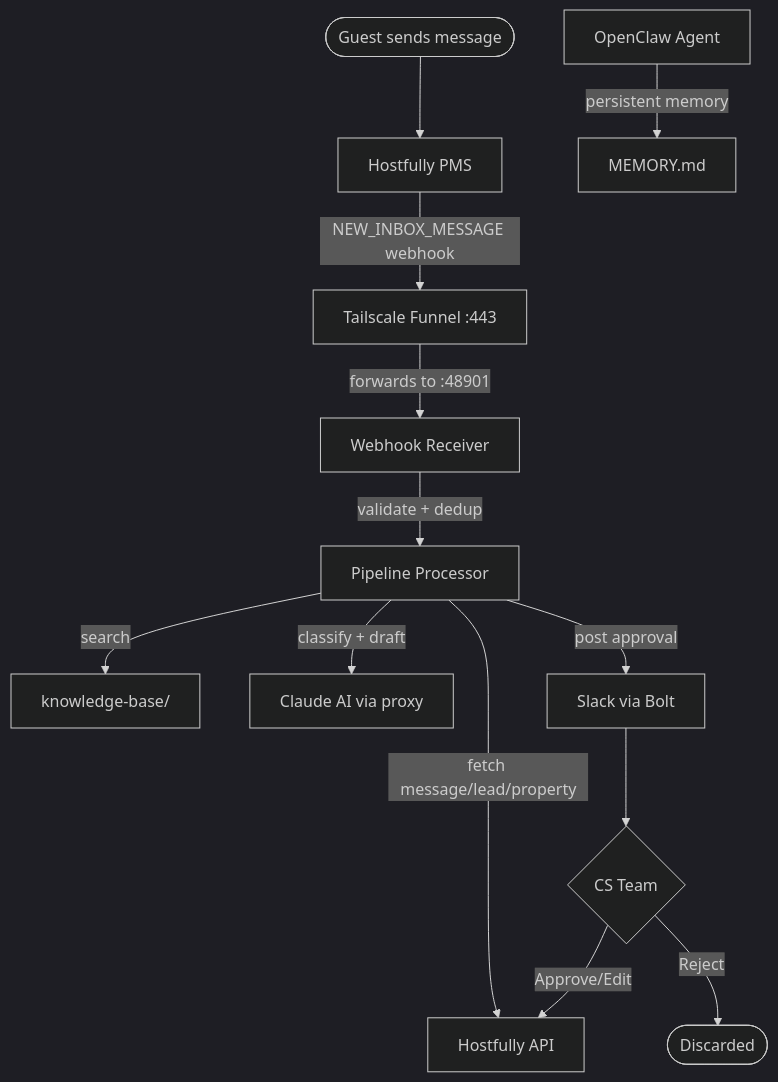
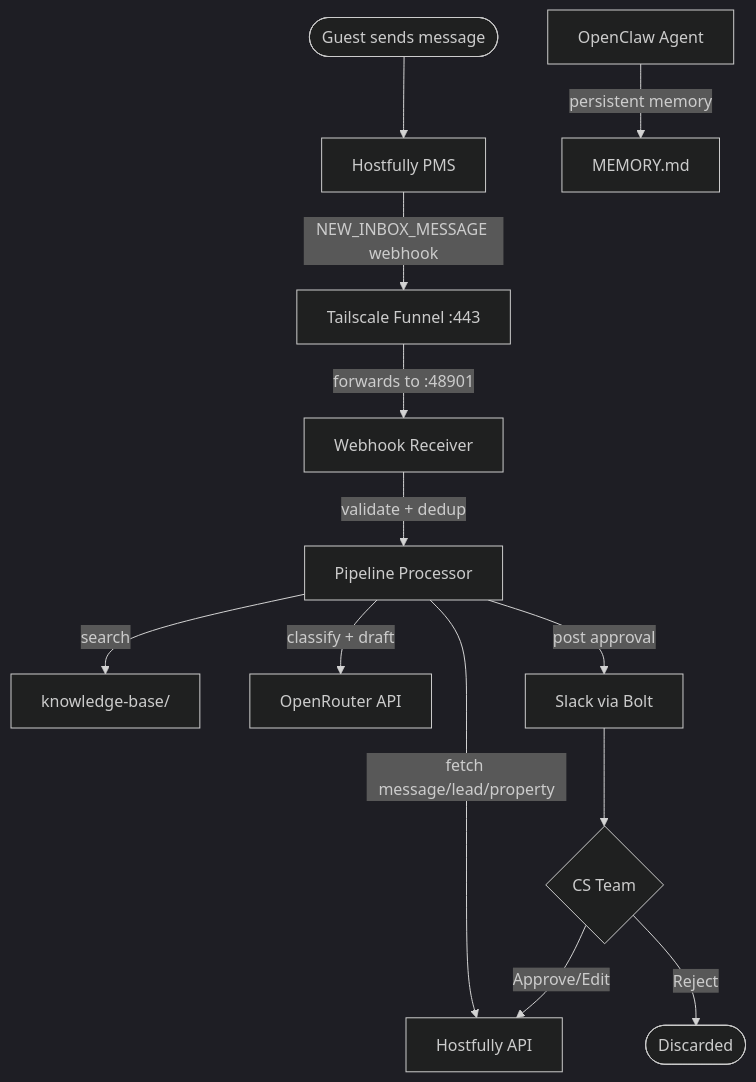
One commit to viiqswim/vlre-ai-employee changed the diagram in README.md. Above: the diagram before and after it, drawn with Mermaid (dark theme). The commit also changed other lines of this file and 4 other files, not shown here.

First line of the commit message:
docs: update docs and project structure for OpenRouter migration

````diff
--- a/README.md
+++ b/README.md
@@ -11,15 +11,15 @@
 ```mermaid
 flowchart TD
     A([Guest sends message]) --> B[Hostfully PMS]
     B -->|NEW_INBOX_MESSAGE webhook| TF[Tailscale Funnel :443]
     TF -->|forwards to :48901| WR[Webhook Receiver]
     WR -->|validate + dedup| PP[Pipeline Processor]
     PP -->|fetch message/lead/property| HF[Hostfully API]
     PP -->|search| KB[knowledge-base/]
-    PP -->|classify + draft| CL[Claude AI via proxy]
+    PP -->|classify + draft| CL[OpenRouter API]
     PP -->|post approval| SL[Slack via Bolt]
     SL --> CS{CS Team}
     CS -->|Approve/Edit| HF
     CS -->|Reject| DONE([Discarded])
     OC[OpenClaw Agent] -->|persistent memory| MEM[MEMORY.md]
 ```
````
